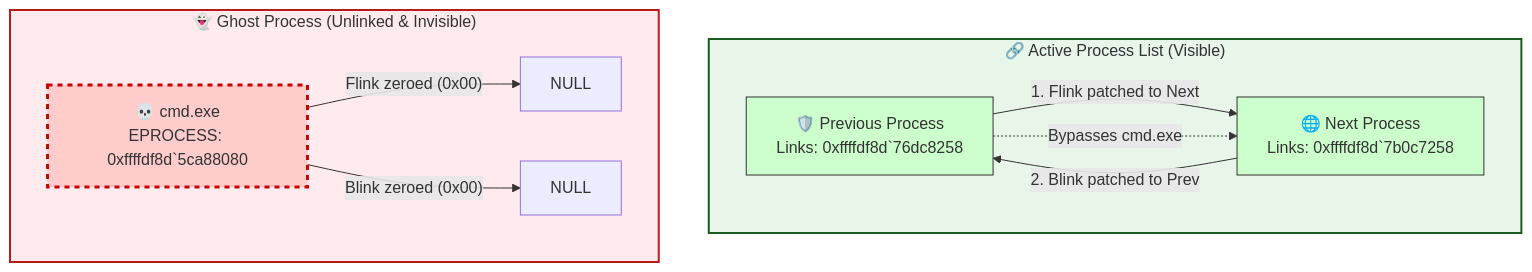
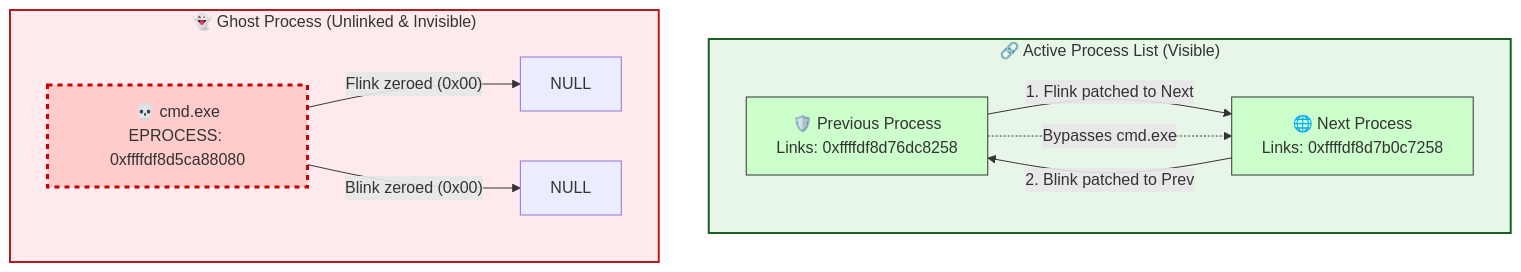
The second of 2 diagrams in content/Mitre Attack/Stealth TA0005/Rootkit/Direct Kernel Object Manipulation/Hide Process.md (adolfcna/ATTvDEF), drawn with Mermaid before and after one commit.

Commit message:
vault backup: 2026-09-22 10:46:18

````diff
--- a/content/Mitre Attack/Stealth TA0005/Rootkit/Direct Kernel Object Manipulation/Hide Process.md
+++ b/content/Mitre Attack/Stealth TA0005/Rootkit/Direct Kernel Object Manipulation/Hide Process.md
@@ -62,27 +62,27 @@
 ```mermaid
 flowchart TD
     subgraph Active ["🔗 Active Process List (Visible)"]
         direction LR
-        Prev["🛡️ Previous Process<br>Links: 0xffffdf8d`76dc8258"]
-        Next["🌐 Next Process<br>Links: 0xffffdf8d`7b0c7258"]
+        Prev["🛡️ Previous Process<br>Links: 0xffffdf8d76dc8258"]
+        Next["🌐 Next Process<br>Links: 0xffffdf8d7b0c7258"]
         
         %% Linking Prev and Next directly
         Prev -- "1. Flink patched to Next" --> Next
         Next -- "2. Blink patched to Prev" --> Prev
     end
 
     subgraph Hidden ["👻 Ghost Process (Unlinked & Invisible)"]
-        Cmd["💀 cmd.exe<br>EPROCESS: 0xffffdf8d`5ca88080"]
+        Cmd["💀 cmd.exe<br>EPROCESS: 0xffffdf8d5ca88080"]
         Cmd -- "Flink zeroed (0x00)" --> Null1["NULL"]
         Cmd -- "Blink zeroed (0x00)" --> Null2["NULL"]
     end
 
     %% Visualizing the bypass
     Prev -. "Bypasses cmd.exe" .-> Next
 
     style Active fill:#e8f5e9,stroke:#1b5e20,stroke-width:2px
     style Hidden fill:#ffebee,stroke:#b71c1c,stroke-width:2px
     style Prev fill:#ccffcc,stroke:#333
     style Next fill:#ccffcc,stroke:#333
     style Cmd fill:#ffcccc,stroke:#cc0000,stroke-width:3px,stroke-dasharray: 5 5
 ```
````
